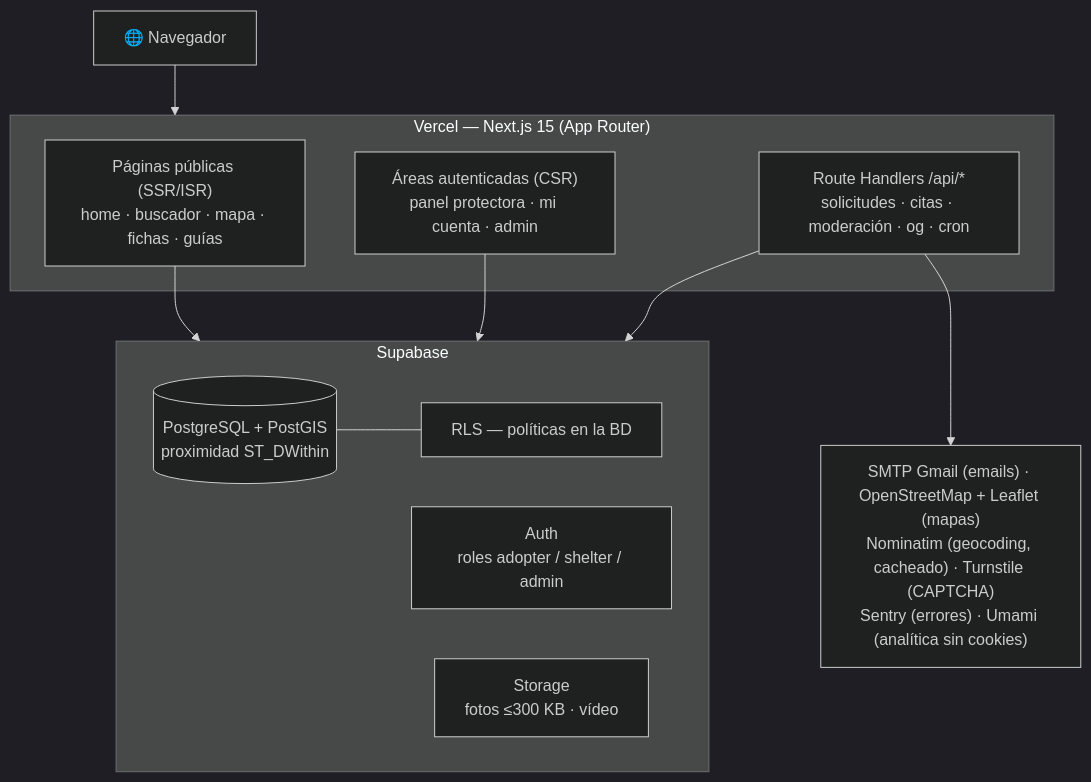
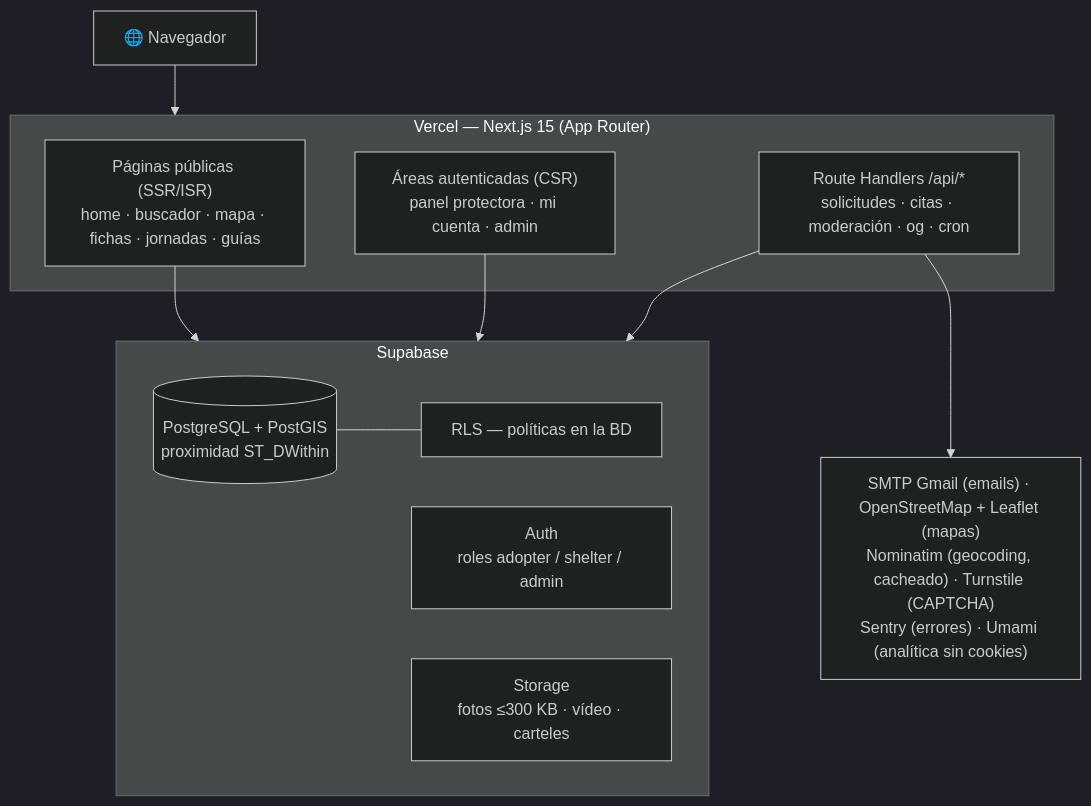
One commit to GorkaAnasinf/Adoptia changed the diagram in README.md. Above: the diagram before and after it, drawn with Mermaid (dark theme). The commit also changed other lines of this file and 18 other files, not shown here.

````diff
--- a/README.md
+++ b/README.md
@@ -51,24 +91,24 @@
 ```mermaid
 flowchart TB
     B["🌐 Navegador"]
 
     subgraph V["Vercel — Next.js 15 (App Router)"]
-        PUB["Páginas públicas (SSR/ISR)<br/>home · buscador · mapa · fichas · guías"]
+        PUB["Páginas públicas (SSR/ISR)<br/>home · buscador · mapa · fichas · jornadas · guías"]
         PRIV["Áreas autenticadas (CSR)<br/>panel protectora · mi cuenta · admin"]
         API["Route Handlers /api/*<br/>solicitudes · citas · moderación · og · cron"]
     end
 
     subgraph S["Supabase"]
         PG[("PostgreSQL + PostGIS<br/>proximidad ST_DWithin")]
         AUTH["Auth<br/>roles adopter / shelter / admin"]
-        ST["Storage<br/>fotos ≤300 KB · vídeo"]
+        ST["Storage<br/>fotos ≤300 KB · vídeo · carteles"]
         RLS["RLS — políticas en la BD"]
     end
 
     EXT["SMTP Gmail (emails) · OpenStreetMap + Leaflet (mapas)<br/>Nominatim (geocoding, cacheado) · Turnstile (CAPTCHA)<br/>Sentry (errores) · Umami (analítica sin cookies)"]
 
     B --> V
     PUB & PRIV & API --> S
     PG --- RLS
     API --> EXT
 ```
````
